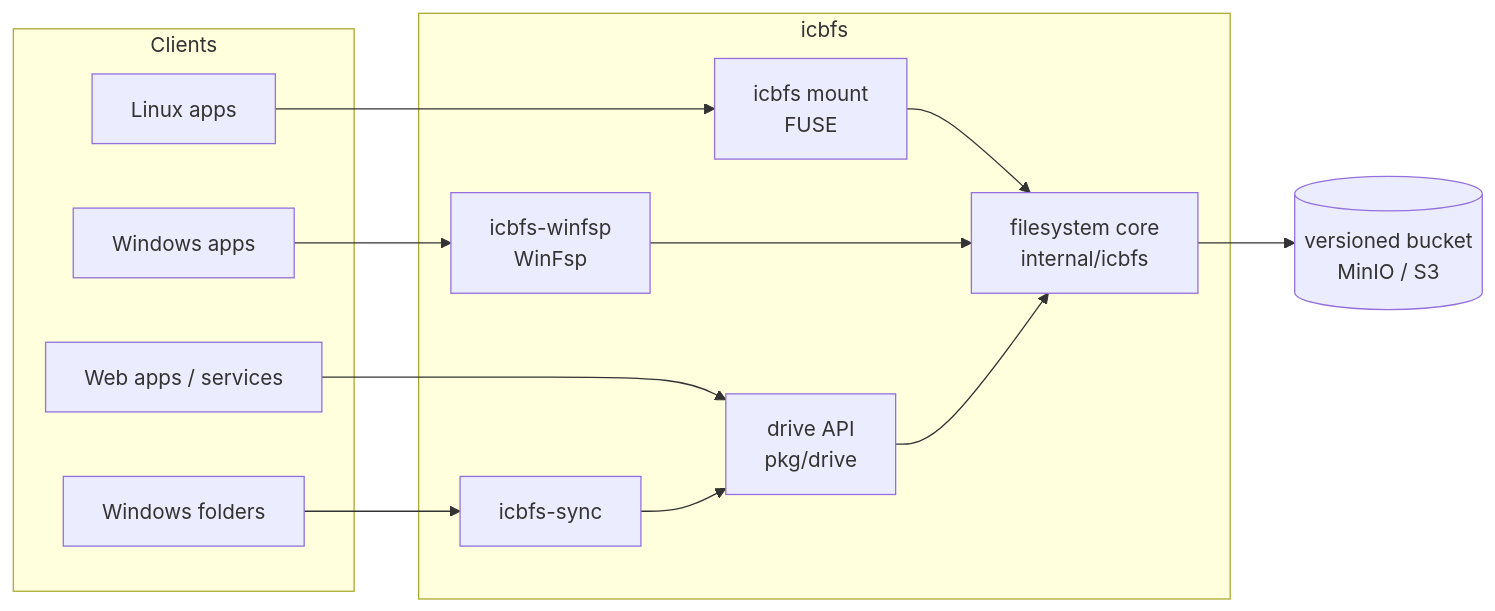
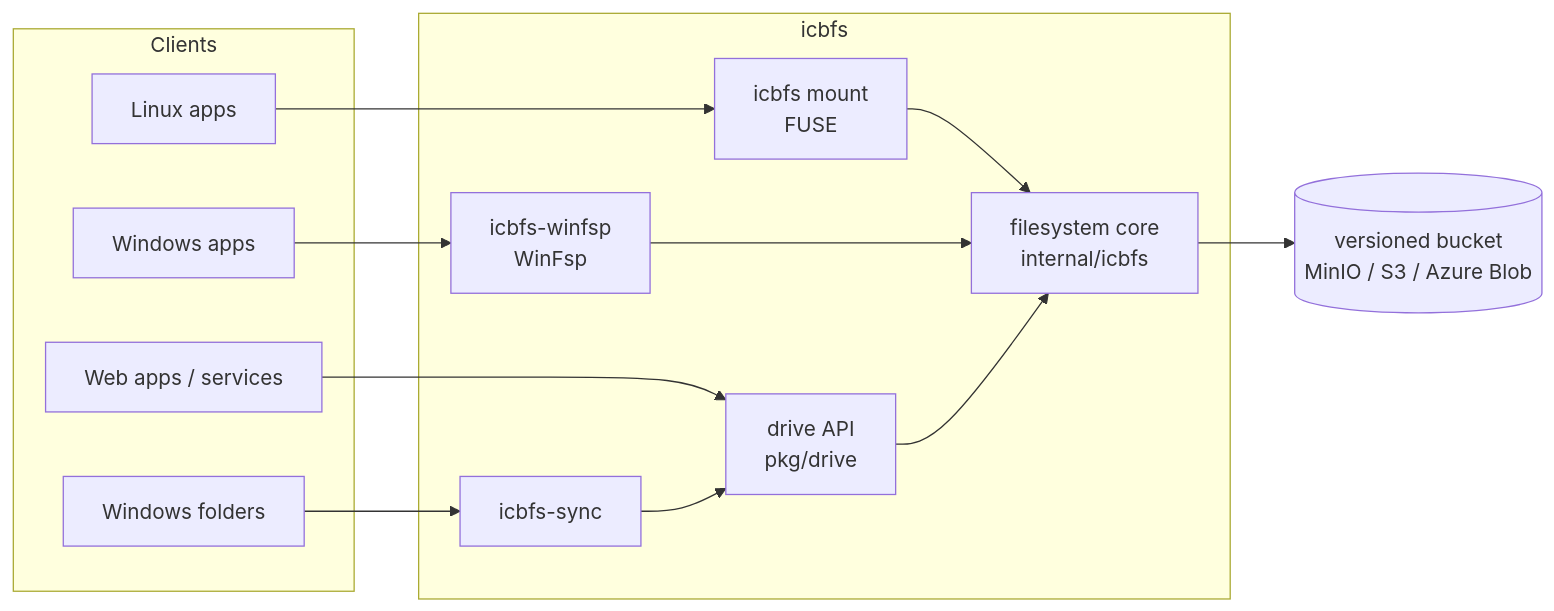
Before and after one commit to resurgentech/icbfs: the diagram in README.md, drawn with Mermaid. The commit also changed other lines of this file and 10 other files, not shown here.

First line of the commit message:
Mounts and icbfs-cli on Azure Blob Storage (-store azure)

````diff
--- a/README.md
+++ b/README.md
@@ -35,22 +36,22 @@
 ```mermaid
 flowchart LR
   subgraph Clients
     L["Linux apps"]
     W["Windows apps"]
     H["Web apps / services"]
     F["Windows folders"]
   end
   subgraph icbfs
     FUSE["icbfs mount<br/>FUSE"]
     WFS["icbfs-winfsp<br/>WinFsp"]
     API["drive API<br/>pkg/drive"]
     SYNC["icbfs-sync"]
     CORE["filesystem core<br/>internal/icbfs"]
   end
-  S3[("versioned bucket<br/>MinIO / S3")]
+  S3[("versioned bucket<br/>MinIO / S3 / Azure Blob")]
   L --> FUSE --> CORE
   W --> WFS --> CORE
   H --> API --> CORE
   F --> SYNC --> API
   CORE --> S3
 ```
````
